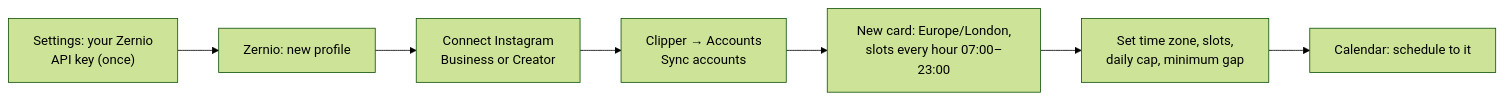
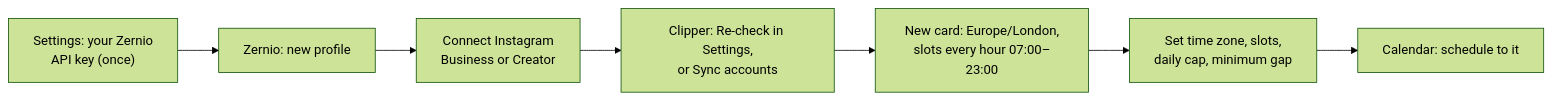
Before and after one commit to paramshah07/Marketing-and-Clipping-Platform: the fourth of 8 diagrams in docs/workflows.md, drawn with Mermaid (forest theme). The commit also changed other lines of this file and 26 other files, not shown here.

````diff
--- a/docs/workflows.md
+++ b/docs/workflows.md
@@ -97,9 +152,9 @@
 ```mermaid
 flowchart LR
   key["Settings: your Zernio<br/>API key (once)"] --> prof["Zernio: new profile"]
   prof --> conn["Connect Instagram<br/>Business or Creator"]
-  conn --> sync["Clipper → Accounts<br/>Sync accounts"]
+  conn --> sync["Clipper: Re-check in Settings,<br/>or Sync accounts"]
   sync --> card["New card: Europe/London,<br/>slots every hour 07:00–23:00"]
   card --> set["Set time zone, slots,<br/>daily cap, minimum gap"]
   set --> use["Calendar: schedule to it"]
 ```
````
